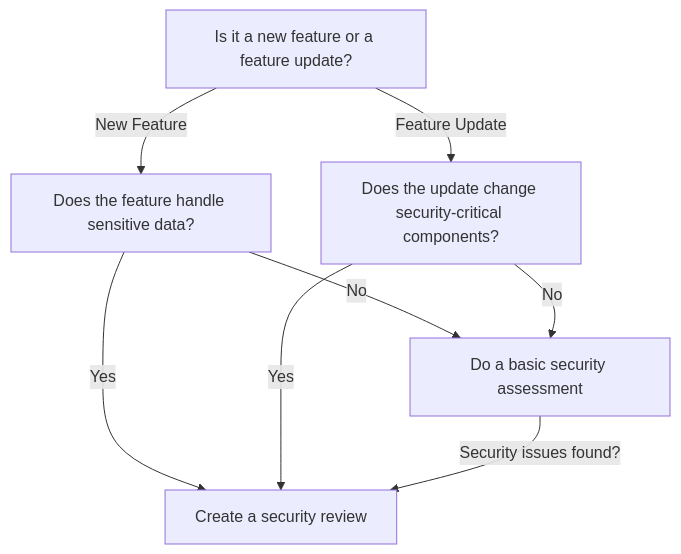
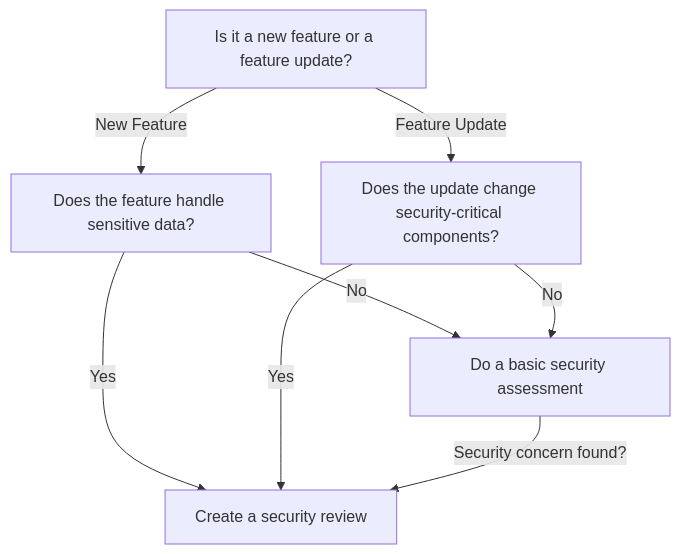
The fourth of 4 diagrams in DESIGN_DOCUMENT_TEMPLATE.md (opensearch-project/security), drawn with Mermaid before and after one commit.

Commit message:
swap wording

````diff
--- a/DESIGN_DOCUMENT_TEMPLATE.md
+++ b/DESIGN_DOCUMENT_TEMPLATE.md
@@ -131,10 +131,10 @@
 ```mermaid
 graph TD
   A[Is it a new feature or a feature update?] -->|New Feature| B[Does the feature handle sensitive data?]
   A -->|Feature Update| C[Does the update change security-critical components?]
   B -->|Yes| D[Create a security review]
   B -->|No| E[Do a basic security assessment]
   C -->|Yes| D[Create a security review]
   C -->|No| E[Do a basic security assessment]
-  E -->|Security issues found?| D[Create a security review]
+  E -->|Security concern found?| D[Create a security review]
 ```
````
